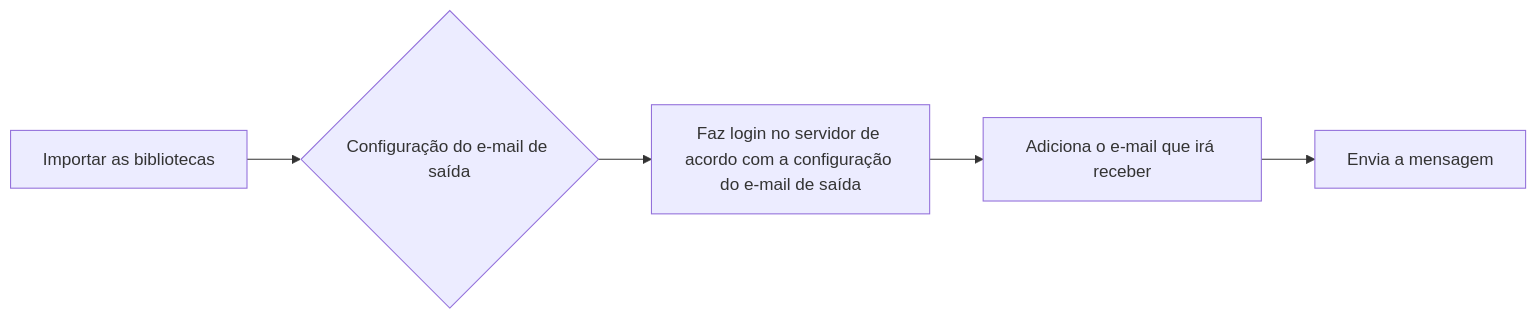
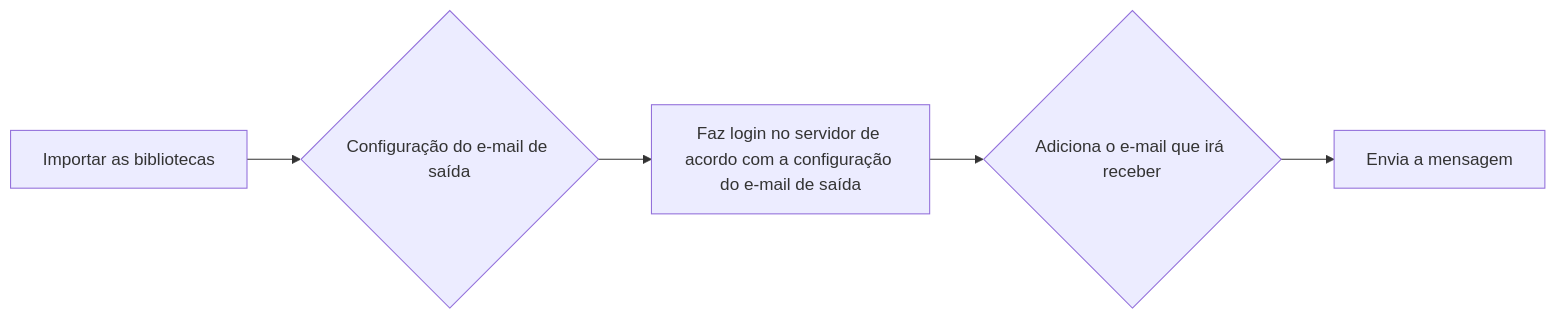
One commit to marcusferreira16/enviando-email-via-python changed the diagram in Readme.md. Above: the diagram before and after it, drawn with Mermaid.

````diff
--- a/Readme.md
+++ b/Readme.md
@@ -5,7 +5,7 @@
 ```mermaid
   graph LR;
       A[Importar as bibliotecas]-->B[Fazer a configuração do host e port];
       B{Configuração do e-mail de saída}-->C[Cria o objeto servidor];
       C[Faz login no servidor de acordo com a configuração do e-mail de saída]-->D{Cria a mensagem que deseja enviar};
-      D[Adiciona o e-mail que irá receber]-->E[Envia a mensagem];
+      D{Adiciona o e-mail que irá receber}-->E[Envia a mensagem];
 ```
````
